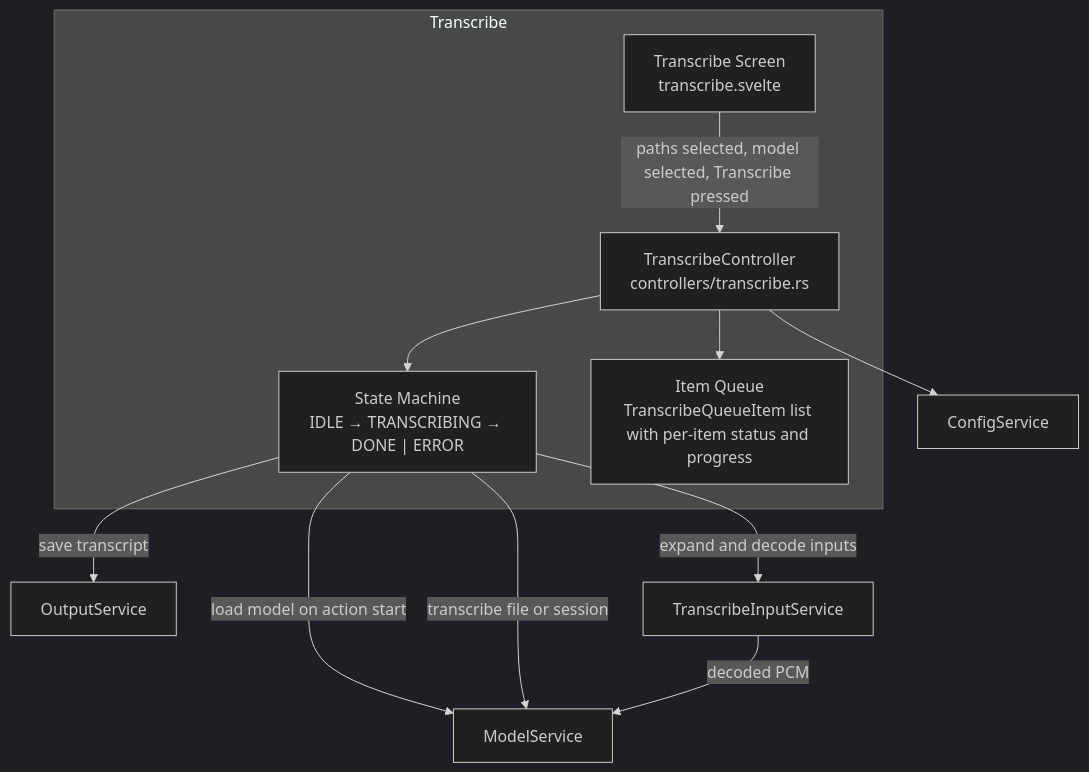
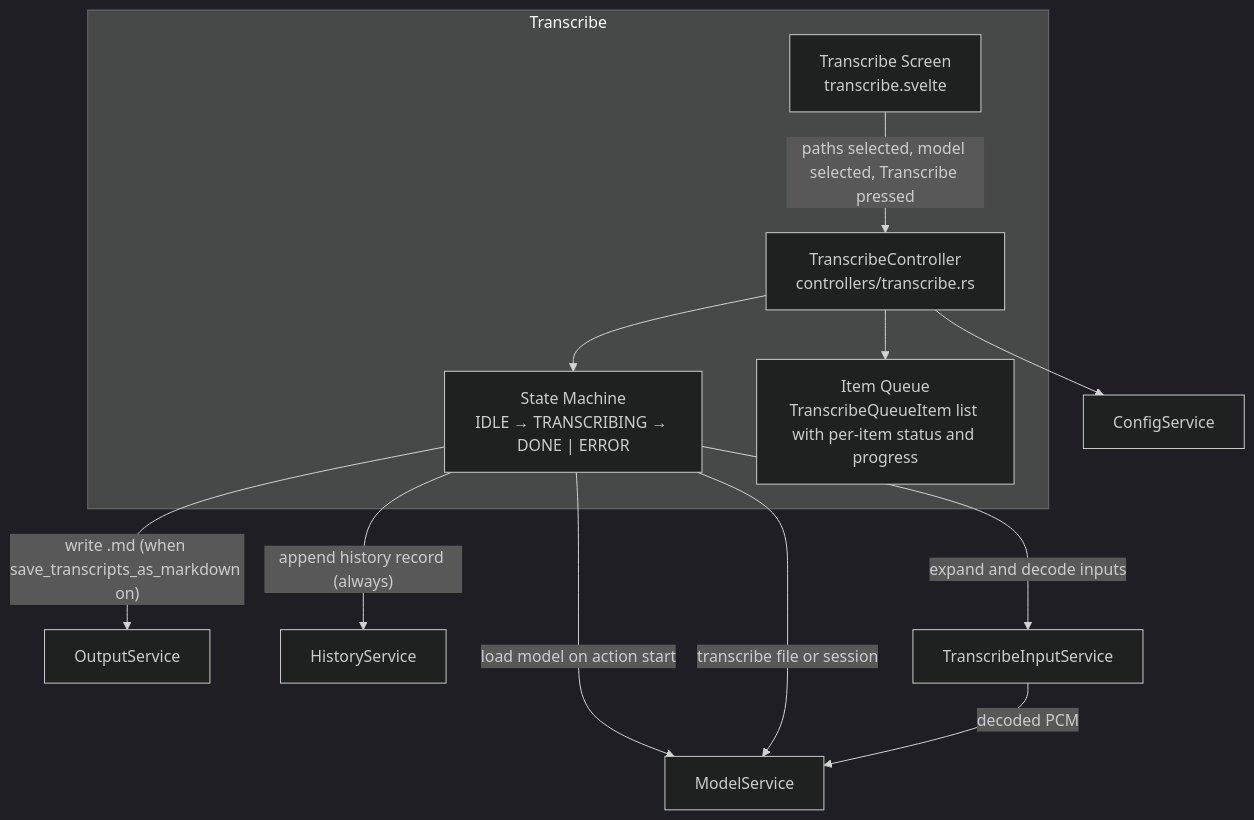
One commit to Lenniott/scribeFloat changed the ninth of 11 diagrams in context/architecture.md. Above: the diagram before and after it, drawn with Mermaid (dark theme). The commit also changed other lines of this file and 22 other files, not shown here.

First line of the commit message:
Add JSONL history record store with optional markdown export

````diff
--- a/context/architecture.md
+++ b/context/architecture.md
@@ -399,24 +462,26 @@
 ```mermaid
 graph TB
     subgraph transcribe["Transcribe"]
         panel["Transcribe Screen\ntranscribe.svelte"]
         controller["TranscribeController\ncontrollers/transcribe.rs"]
         state["State Machine\nIDLE → TRANSCRIBING → DONE | ERROR"]
         queue["Item Queue\nTranscribeQueueItem list with per-item status and progress"]
     end
 
     svc_model["ModelService"]
     svc_output["OutputService"]
+    svc_history["HistoryService"]
     svc_config["ConfigService"]
     svc_transcribe_input["TranscribeInputService"]
 
     panel -->|"paths selected, model selected, Transcribe pressed"| controller
     controller --> state
     controller --> queue
     state -->|"expand and decode inputs"| svc_transcribe_input
     state -->|"load model on action start"| svc_model
     state -->|"transcribe file or session"| svc_model
-    state -->|"save transcript"| svc_output
+    state -->|"append history record (always)"| svc_history
+    state -->|"write .md (when save_transcripts_as_markdown on)"| svc_output
     controller --> svc_config
     svc_transcribe_input -->|"decoded PCM"| svc_model
 ```
````
